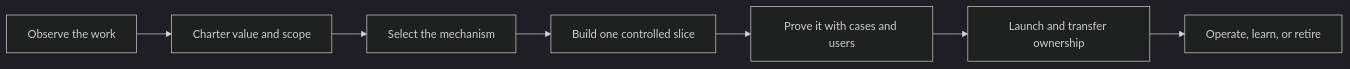
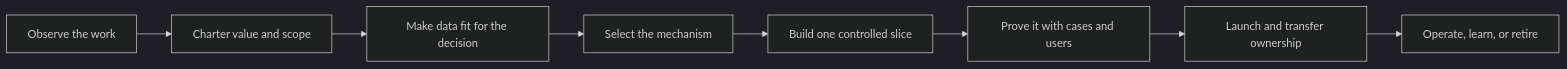
The diagram in README.md (davidahmann/fde-guide), drawn with Mermaid (dark theme) before and after one commit. The commit also changed other lines of this file and 55 other files, not shown here.

First line of the commit message:
Add decision-scoped data readiness (#24)

````diff
--- a/README.md
+++ b/README.md
@@ -76,9 +77,10 @@
 ```mermaid
 flowchart LR
     A["Observe the work"] --> B["Charter value and scope"]
-    B --> C["Select the mechanism"]
-    C --> D["Build one controlled slice"]
-    D --> E["Prove it with cases and users"]
-    E --> F["Launch and transfer ownership"]
-    F --> G["Operate, learn, or retire"]
+    B --> C["Make data fit for the decision"]
+    C --> D["Select the mechanism"]
+    D --> E["Build one controlled slice"]
+    E --> F["Prove it with cases and users"]
+    F --> G["Launch and transfer ownership"]
+    G --> H["Operate, learn, or retire"]
 ```
````
